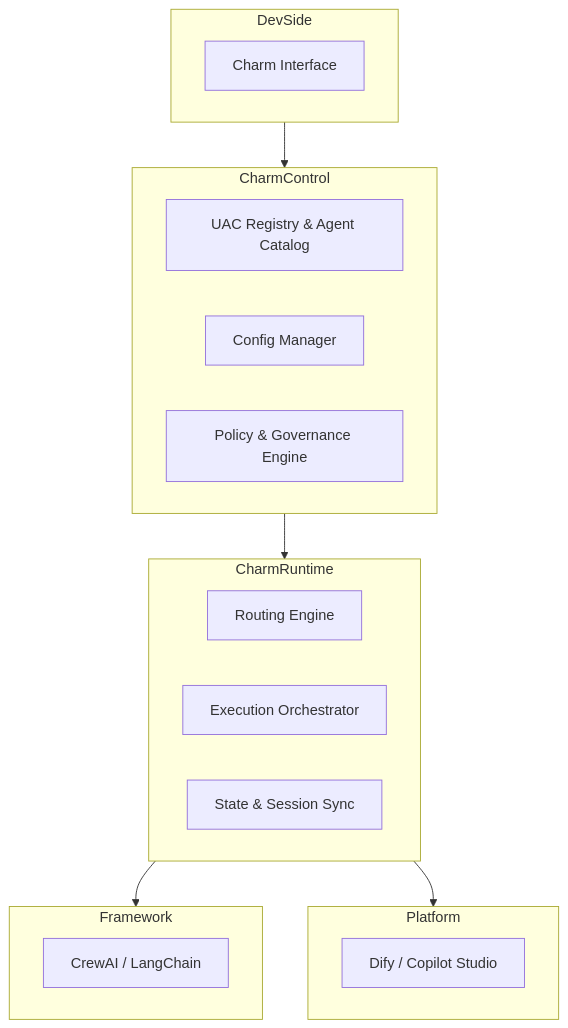
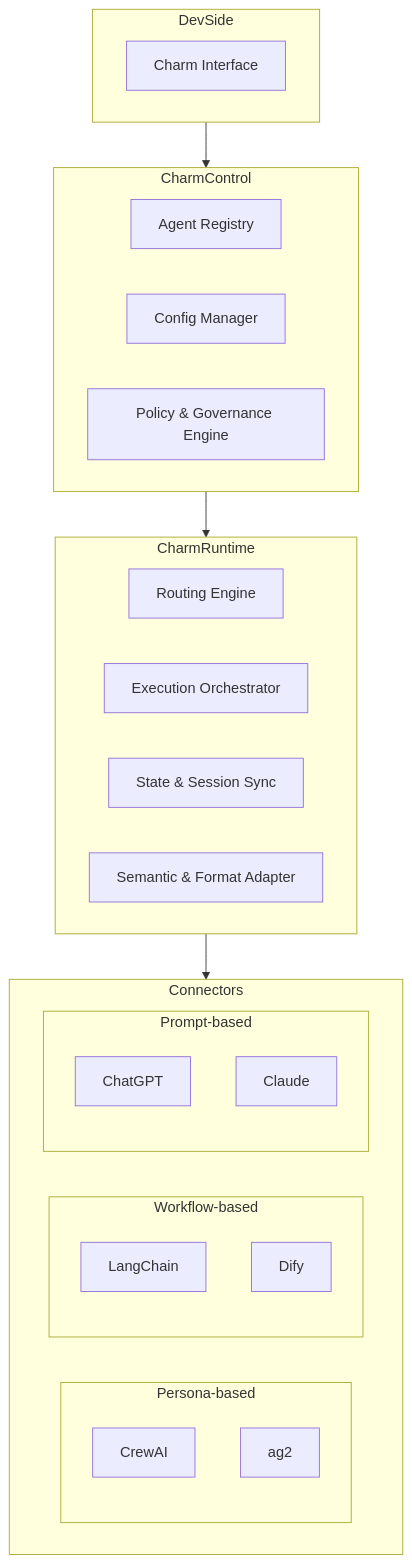
One commit to CharmAIOS/.github changed the first of 2 diagrams in profile/README.md. Above: the diagram before and after it, drawn with Mermaid. The commit also changed other lines of this file, not shown here.

````diff
--- a/profile/README.md
+++ b/profile/README.md
@@ -9,32 +9,42 @@
 ```mermaid
 flowchart TD
 
 subgraph DevSide
   UI[Charm Interface]
 end
 
 subgraph CharmControl
-  REG[UAC Registry & Agent Catalog]
+  REG[Agent Registry]
   CFG[Config Manager]
   POL[Policy & Governance Engine]
 end
 
 subgraph CharmRuntime
   ROUTE[Routing Engine]
   EXEC[Execution Orchestrator]
   STATE[State & Session Sync]
+  SEM[Semantic & Format Adapter]
 end
 
-subgraph Framework
-    Crew[CrewAI / LangChain]
-end
+subgraph Connectors
+  subgraph FB[Persona-based]
+    Crew[CrewAI]
+    AG2[ag2]
+  end
 
-subgraph Platform
-    Dify[Dify / Copilot Studio]
+  subgraph WB[Workflow-based]
+    LC[LangChain]
+    Dify[Dify]
+  end
+
+  subgraph PB[Prompt-based]
+    GPT[ChatGPT]
+    CLA[Claude]
+  end
+
 end
 
 DevSide --> CharmControl
 CharmControl --> CharmRuntime
-CharmRuntime --> Framework
-CharmRuntime --> Platform
+CharmRuntime --> Connectors
 ```
````
